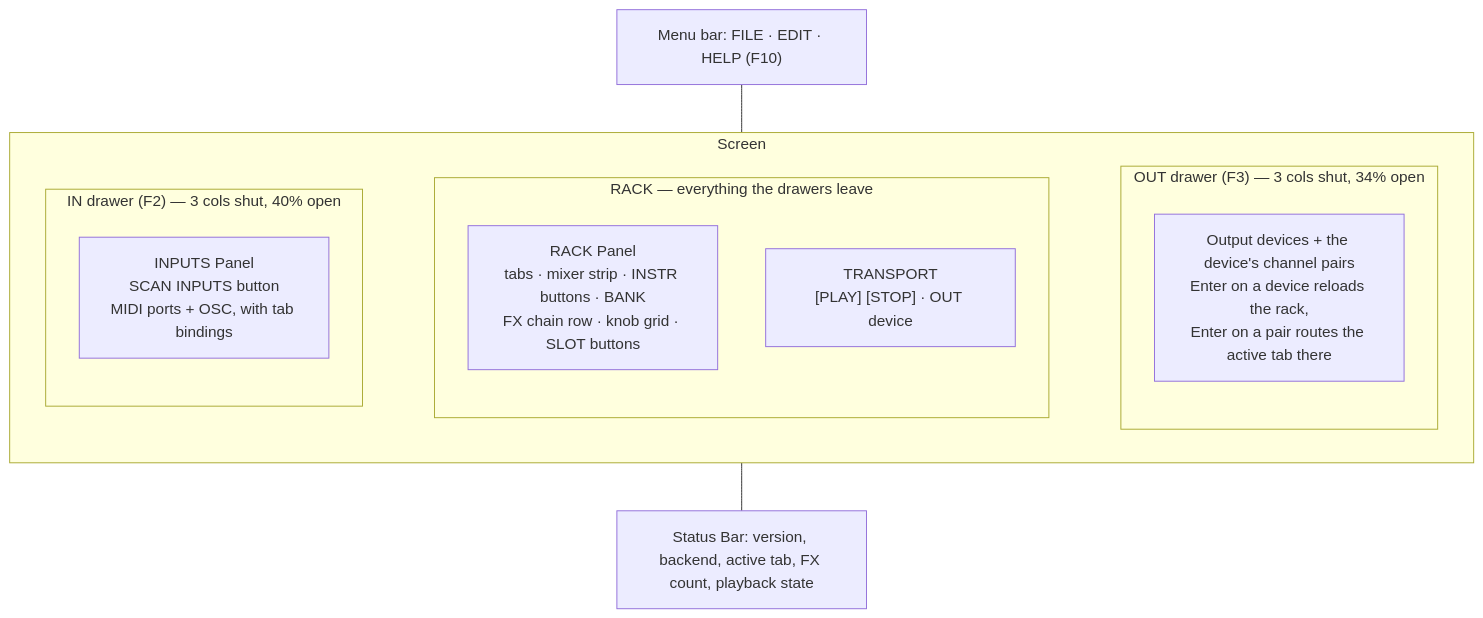
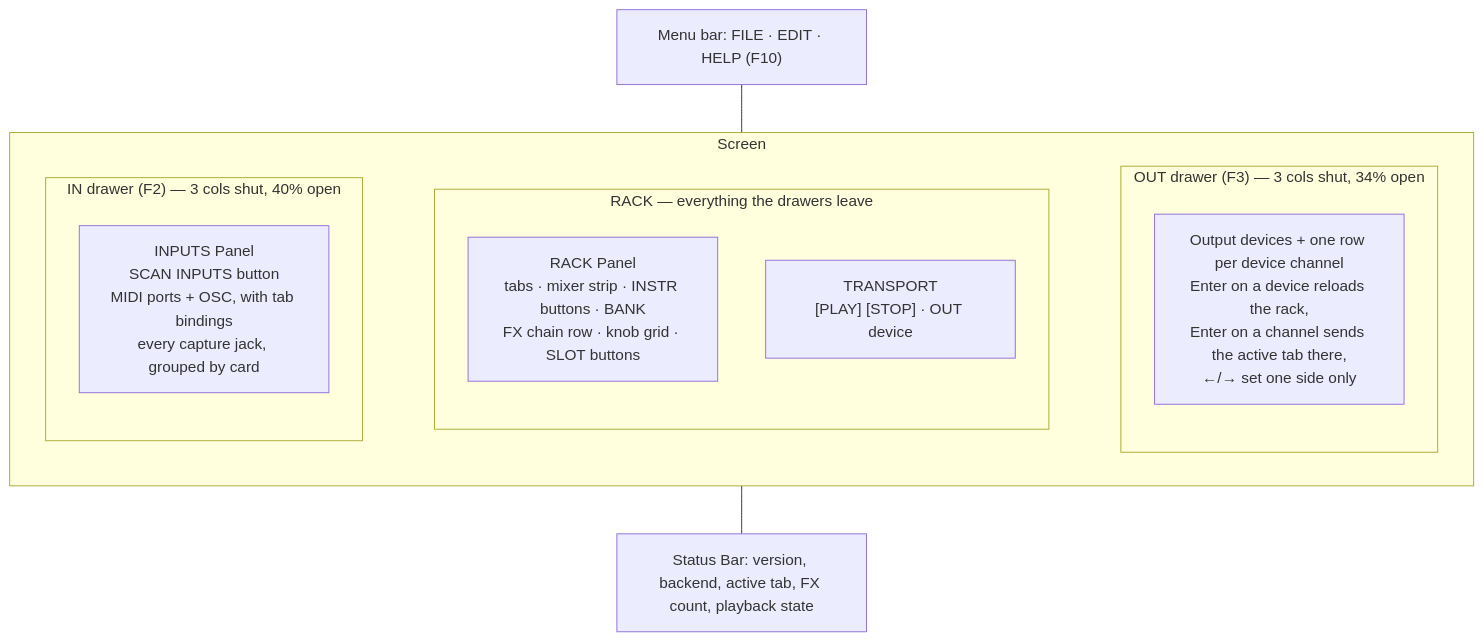
One commit to jacodelia/choz changed the sixth of 8 diagrams in docs/architecture.md. Above: the diagram before and after it, drawn with Mermaid. The commit also changed other lines of this file and 49 other files, not shown here.

First line of the commit message:
feat: AutoTune, per-channel routing, A→M and the 1.0.0 release

````diff
--- a/docs/architecture.md
+++ b/docs/architecture.md
@@ -379,23 +504,23 @@
 ```mermaid
 flowchart TB
     MB["Menu bar: FILE · EDIT · HELP (F10)"]
     subgraph Screen
         direction LR
         subgraph Left["IN drawer (F2) — 3 cols shut, 40% open"]
-            SP["INPUTS Panel<br/>SCAN INPUTS button<br/>MIDI ports + OSC, with tab bindings"]
+            SP["INPUTS Panel<br/>SCAN INPUTS button<br/>MIDI ports + OSC, with tab bindings<br/>every capture jack, grouped by card"]
         end
         subgraph Mid["RACK — everything the drawers leave"]
             FXP["RACK Panel<br/>tabs · mixer strip · INSTR buttons · BANK<br/>FX chain row · knob grid · SLOT buttons"]
             TR["TRANSPORT<br/>[PLAY] [STOP] · OUT device"]
         end
         subgraph Right["OUT drawer (F3) — 3 cols shut, 34% open"]
-            OP["Output devices + the device's channel pairs<br/>Enter on a device reloads the rack,<br/>Enter on a pair routes the active tab there"]
+            OP["Output devices + one row per device channel<br/>Enter on a device reloads the rack,<br/>Enter on a channel sends the active tab there,<br/>←/→ set one side only"]
         end
     end
     SB["Status Bar: version, backend, active tab, FX count, playback state"]
 
     MB --- Screen
     Left ~~~ Mid
     Mid ~~~ Right
     Screen --- SB
 ```
````
